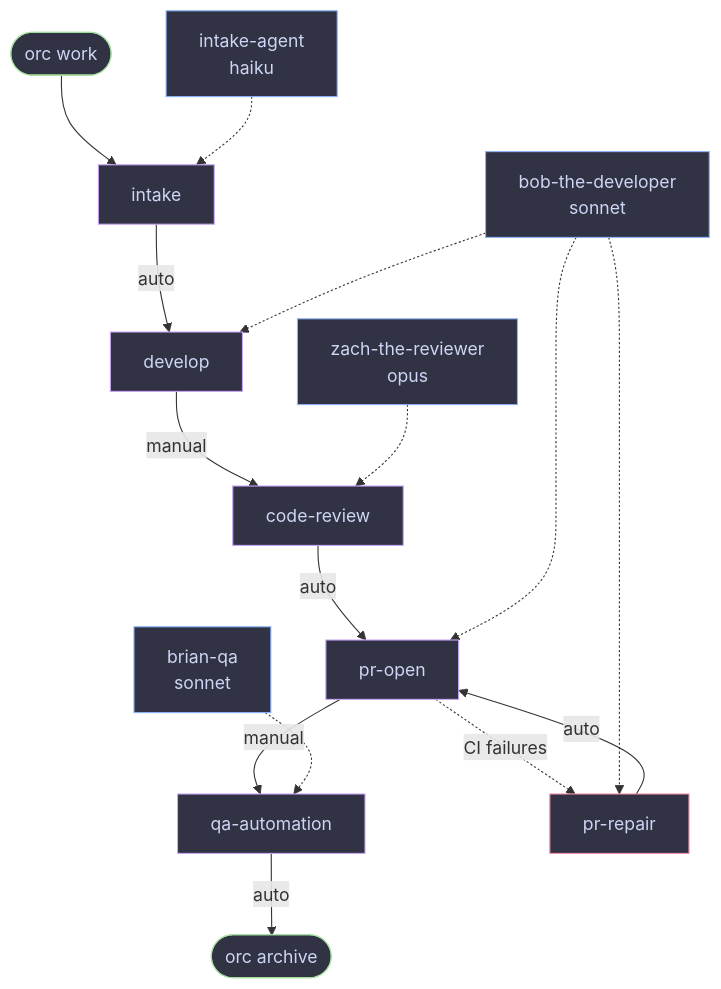
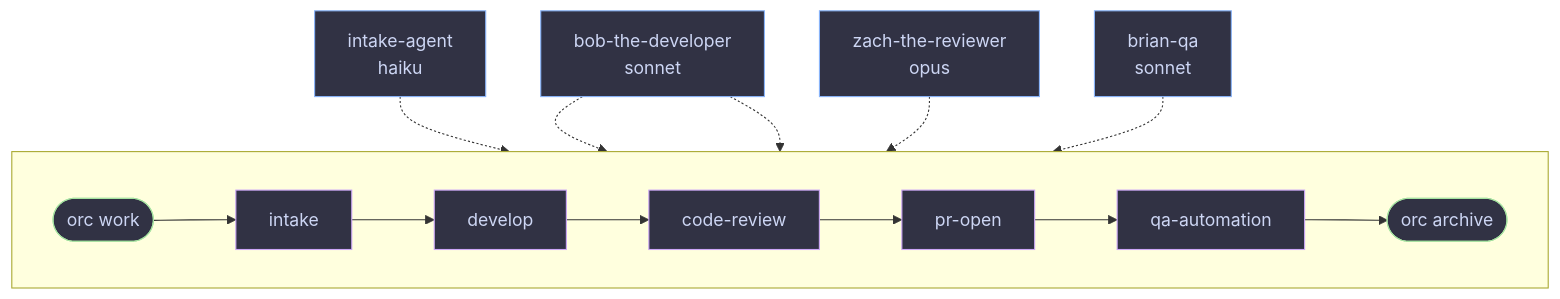
One commit to cengebretson/tmux-orc changed the second of 3 diagrams in README.md. Above: the diagram before and after it, drawn with Mermaid. The commit also changed other lines of this file, not shown here.

Commit message:
lock stages to a horizontal line using subgraph direction LR
The repair loop back-edge was forcing mermaid to break the straight line.
Move stages into a subgraph with direction LR so they stay horizontal,
drop the repair cycle from the diagram, and note it in text below.

````diff
--- a/README.md
+++ b/README.md
@@ -166,31 +166,25 @@
 ```mermaid
 flowchart TD
-    W(["orc work"]) --> intake
-    intake -->|auto| develop
-    develop -->|manual| CR["code-review"]
-    CR -->|auto| PO["pr-open"]
-    PO -->|manual| QA["qa-automation"]
-    PO -.->|CI failures| PR["pr-repair"]
-    PR -->|auto| PO
-    QA -->|auto| A(["orc archive"])
+    subgraph pipeline[" "]
+        direction LR
+        W(["orc work"]) --> intake --> develop --> CR["code-review"] --> PO["pr-open"] --> QA["qa-automation"] --> A(["orc archive"])
+    end
 
     ia["intake-agent\nhaiku"] -.-> intake
     bob["bob-the-developer\nsonnet"] -.-> develop
     zach["zach-the-reviewer\nopus"] -.-> CR
     bob -.-> PO
-    bob -.-> PR
     brian["brian-qa\nsonnet"] -.-> QA
 
     style W fill:#313244,stroke:#a6e3a1,color:#cdd6f4
     style A fill:#313244,stroke:#a6e3a1,color:#cdd6f4
     style intake fill:#313244,stroke:#cba6f7,color:#cdd6f4
     style develop fill:#313244,stroke:#cba6f7,color:#cdd6f4
     style CR fill:#313244,stroke:#cba6f7,color:#cdd6f4
     style PO fill:#313244,stroke:#cba6f7,color:#cdd6f4
-    style PR fill:#313244,stroke:#f38ba8,color:#cdd6f4
     style QA fill:#313244,stroke:#cba6f7,color:#cdd6f4
     style ia fill:#313244,stroke:#89b4fa,color:#cdd6f4
     style bob fill:#313244,stroke:#89b4fa,color:#cdd6f4
     style zach fill:#313244,stroke:#89b4fa,color:#cdd6f4
     style brian fill:#313244,stroke:#89b4fa,color:#cdd6f4
 ```
````
